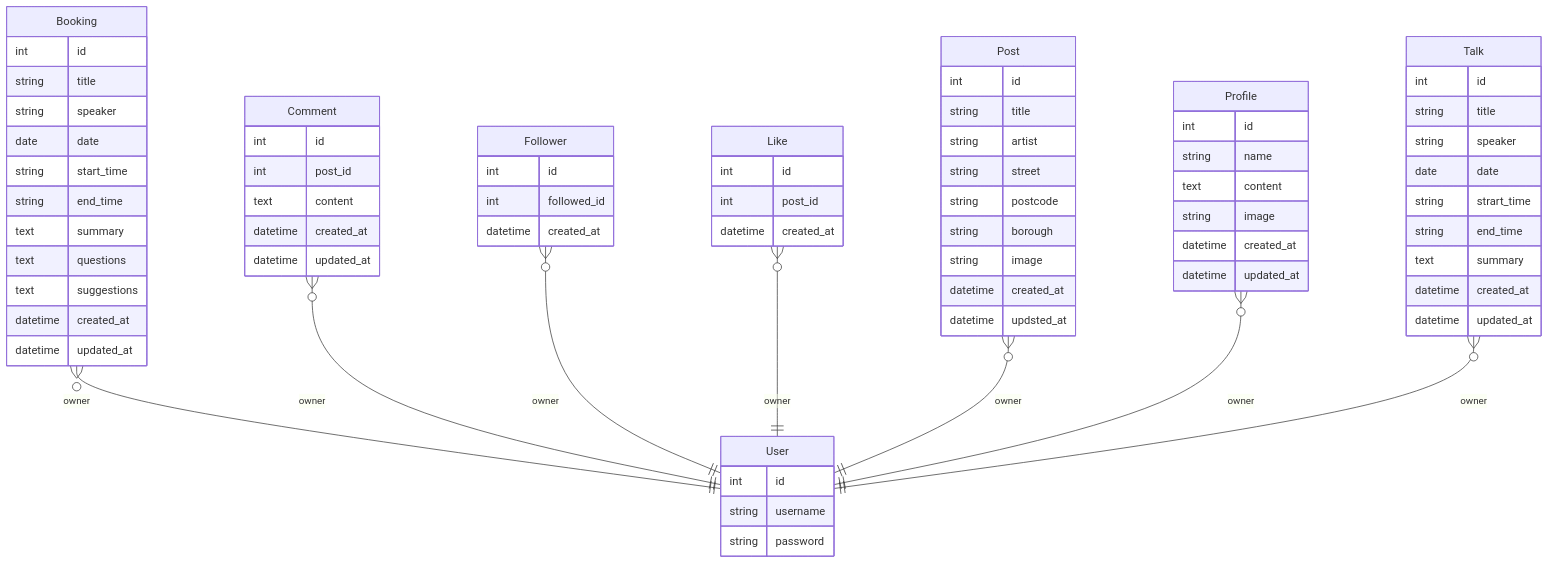
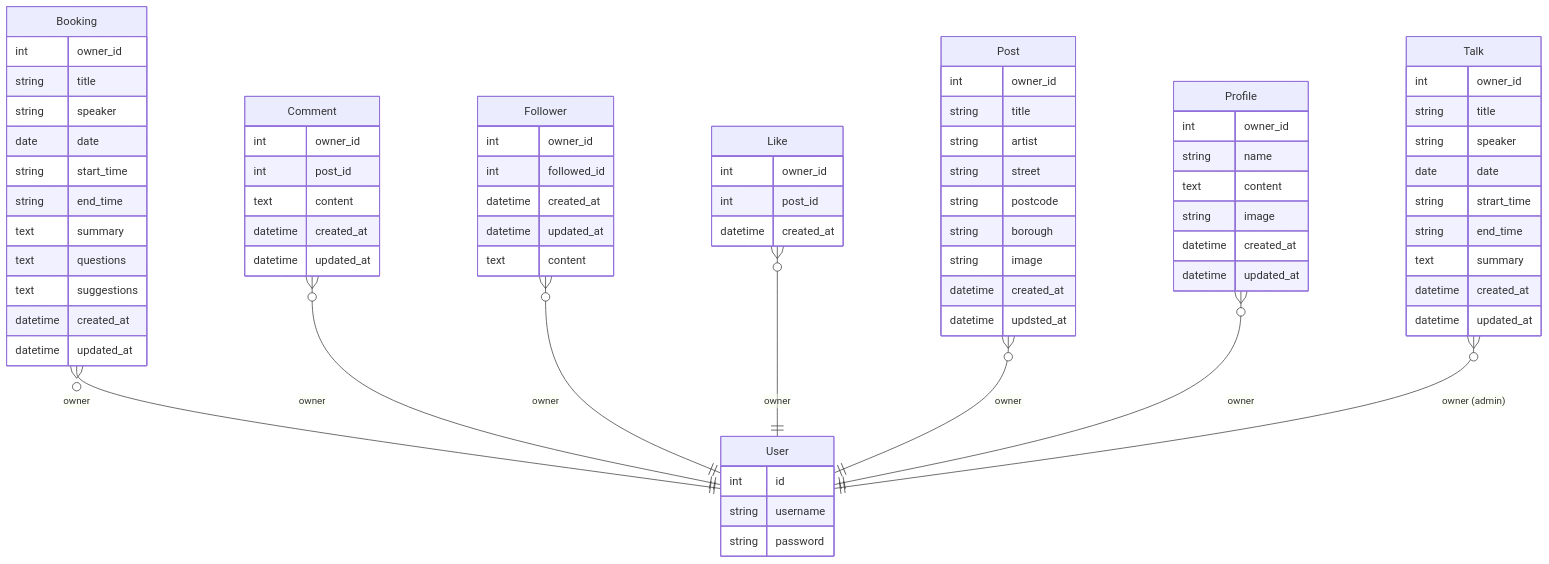
The diagram in README.md (Adam-Alive/sculpture-drf-api), drawn with Mermaid before and after one commit. The commit also changed other lines of this file, not shown here.

Commit message:
Update external links in README

````diff
--- a/README.md
+++ b/README.md
@@ -60,75 +59,77 @@
 ```mermaid
 erDiagram
     User {
         int id
         string username
         string password        
     }
     Booking {
-        int id
+        int owner_id
         string title
         string speaker
         date date
         string start_time
         string end_time
         text summary
         text questions
         text suggestions
         datetime created_at
         datetime updated_at
     }
     Booking }o--|| User : "owner"
     Comment {
-        int id
+        int owner_id
         int post_id
         text content
         datetime created_at
         datetime updated_at
     }
     Comment }o--|| User : "owner"
     Follower {
-        int id
+        int owner_id
         int followed_id
-        datetime created_at        
+        datetime created_at
+        datetime updated_at
+        text content     
     }
     Follower }o--|| User : "owner"
     Like {
-        int id
+        int owner_id
         int post_id
         datetime created_at
     }
     Like }o--|| User : "owner"
     Post {
-        int id
+        int owner_id
         string title
         string artist
         string street
         string postcode
         string borough
         string image
         datetime created_at
         datetime updsted_at
     }
     Post }o--|| User : "owner"
     Profile {
-        int id
+        int owner_id
         string name
         text content
         string image
         datetime created_at
         datetime updated_at    
     }
     Profile }o--|| User : "owner"
     Talk {
-        int id
+        int owner_id
         string title
         string speaker
         date date
         string strart_time
         string end_time
         text summary
         datetime created_at
         datetime updated_at    
     }
-     Talk }o--|| User : "owner"  
+     Talk }o--|| User : "owner (admin)"  
 ```
````
